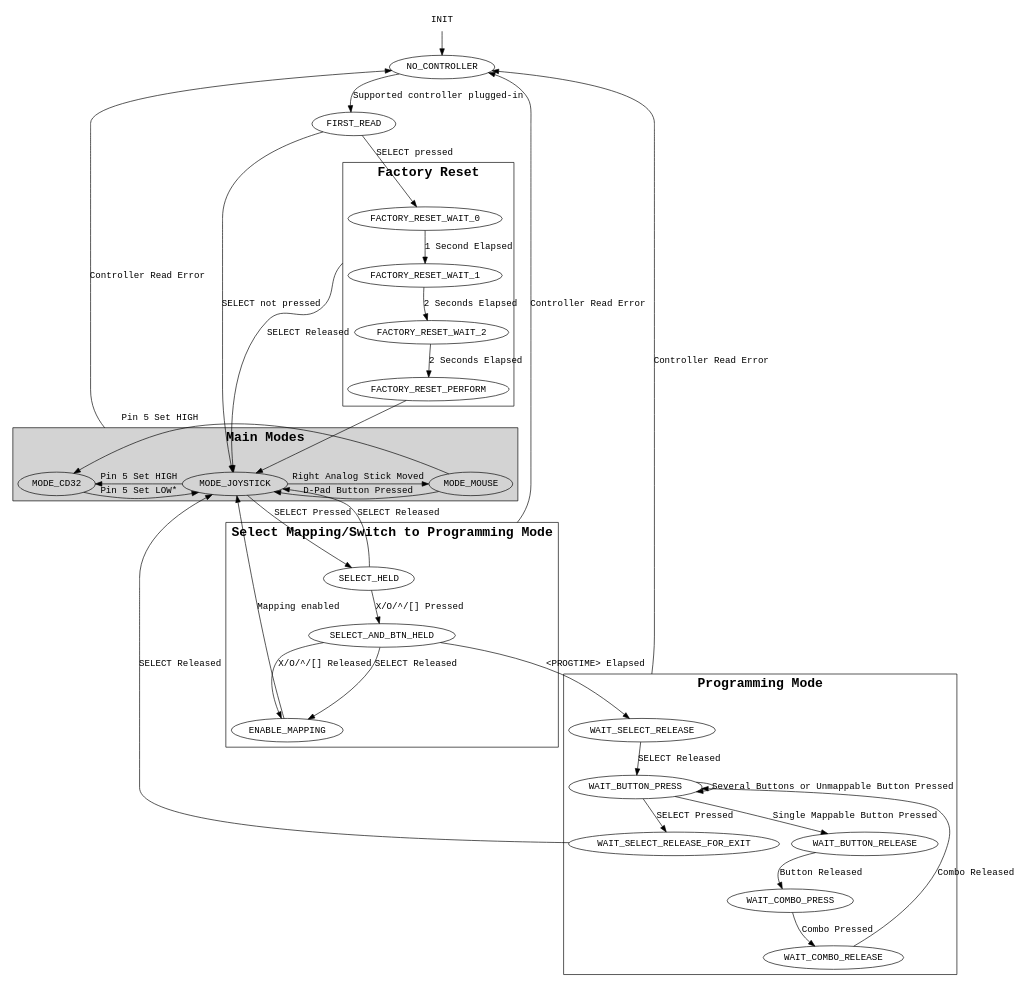
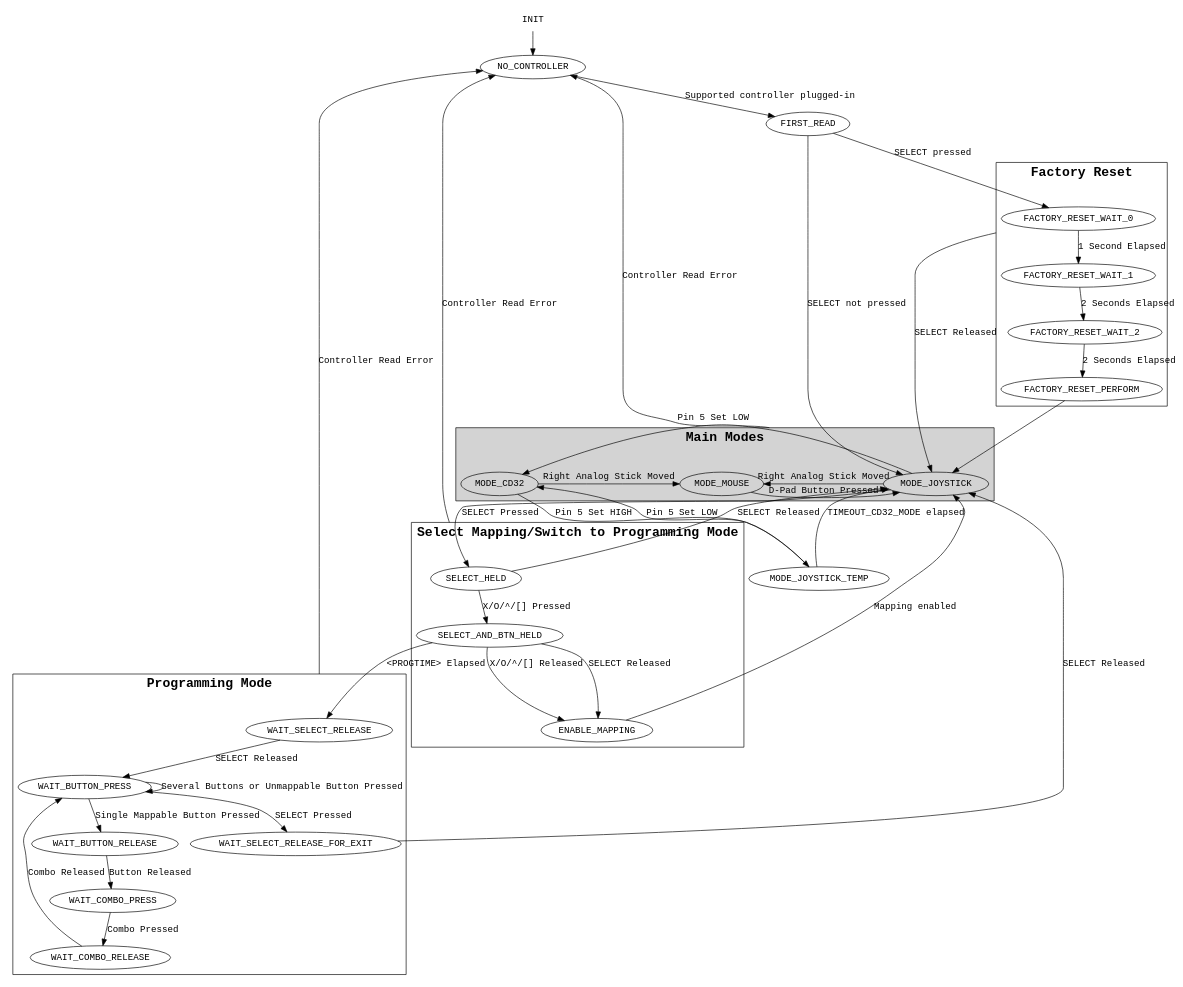
One commit to SukkoPera/OpenPSX2AmigaPadAdapter changed the diagram in firmware/statediagram.gv. Above: the diagram before and after it, drawn with Graphviz. The commit also changed 1 other file, not shown here.

Commit message:
Update state diagram and pin mapping

```diff
--- a/firmware/statediagram.gv
+++ b/firmware/statediagram.gv
@@ -1,123 +1,126 @@
 digraph {
 	#ratio = 0.75;
 
 	compound = true;
 	newrank = true;
 	#splines=line
 	edge [splines = "curved"];
 	node [fontname = "Courier"];
 	edge [fontname = "Courier"];
 	#subgraph [fontname = "Courier"];
 	clusterrank = "local";
 	
 	# Initialization
 	{
 		node [shape = "plaintext"];
 
 		INIT;
 	}
 	
 	NO_CONTROLLER;
 	FIRST_READ;
 
 	INIT -> NO_CONTROLLER;
 	NO_CONTROLLER -> FIRST_READ [label = "Supported controller plugged-in"];
 	FIRST_READ -> FACTORY_RESET_WAIT_0 [label = "SELECT pressed"];
 	FIRST_READ -> MODE_JOYSTICK [label = "SELECT not pressed"]
 
 	# Main Mode Transitions
 	subgraph "cluster_main" {
 		label = "Main Modes";
 		fontname = "Courier-bold";
 		fontsize = "20pt";
 		style = "filled";
 
 		{
 			rank="same";
 			node [style = "filled"];
 
 			MODE_MOUSE;
 			MODE_JOYSTICK;
 			MODE_CD32;
 		}
 
 		MODE_JOYSTICK -> MODE_MOUSE [label = "Right Analog Stick Moved"];
+		MODE_CD32 -> MODE_MOUSE [label = "Right Analog Stick Moved"];
 		MODE_MOUSE -> MODE_JOYSTICK [label = "D-Pad Button Pressed"];
-		MODE_JOYSTICK -> MODE_CD32 [label = "Pin 5 Set HIGH"];
-		MODE_MOUSE -> MODE_CD32 [label = "Pin 5 Set HIGH"];
-		MODE_CD32 -> MODE_JOYSTICK [label = "Pin 5 Set LOW*"];
+		MODE_JOYSTICK -> MODE_CD32 [label = "Pin 5 Set LOW"];
 	}
+
+	MODE_CD32 -> MODE_JOYSTICK_TEMP [label = "Pin 5 Set HIGH"];
+	MODE_JOYSTICK_TEMP -> MODE_CD32 [label = "Pin 5 Set LOW"];
+	MODE_JOYSTICK_TEMP -> MODE_JOYSTICK [label = "TIMEOUT_CD32_MODE elapsed"];
 
 	# This actually represents a transitions valid for all nodes in the cluster
 	MODE_JOYSTICK -> NO_CONTROLLER [label = "Controller Read Error", ltail = cluster_main];
 	
 	subgraph "cluster_progswitch" {
 		label = "Select Mapping/Switch to Programming Mode";
 		fontname = "Courier-bold";
 		fontsize = "20pt";
 		
 		# States for entering Programming Mode
 		SELECT_HELD;
 		SELECT_AND_BTN_HELD;
 		ENABLE_MAPPING;
 
 		SELECT_HELD -> SELECT_AND_BTN_HELD [label = "X/O/^/[] Pressed"]
 		SELECT_AND_BTN_HELD -> ENABLE_MAPPING [label = "X/O/^/[] Released"]
 		SELECT_AND_BTN_HELD -> ENABLE_MAPPING [label = "SELECT Released"]
 	}
 
 	MODE_JOYSTICK -> SELECT_HELD [label = "SELECT Pressed"]
 	SELECT_HELD -> MODE_JOYSTICK [label = "SELECT Released"]
 	ENABLE_MAPPING -> MODE_JOYSTICK [label = "Mapping enabled"]
 	SELECT_AND_BTN_HELD -> WAIT_SELECT_RELEASE [label = "<PROGTIME> Elapsed"]
 
 	# Again, valid for all nodes in the cluster
 	SELECT_HELD -> NO_CONTROLLER [label = "Controller Read Error", ltail = cluster_progswitch];
 
 	subgraph "cluster_progmode" {
 		label = "Programming Mode";
 		fontname = "Courier-bold";
 		fontsize = "20pt";
 		
 		# Programming Mode States
 		WAIT_SELECT_RELEASE;
 		WAIT_BUTTON_PRESS;
 		WAIT_BUTTON_RELEASE;
 		WAIT_COMBO_PRESS;
 		WAIT_COMBO_RELEASE;
 		WAIT_SELECT_RELEASE_FOR_EXIT;
 
 		WAIT_SELECT_RELEASE -> WAIT_BUTTON_PRESS [label = "SELECT Released"]
 		WAIT_BUTTON_PRESS -> WAIT_SELECT_RELEASE_FOR_EXIT [label = "SELECT Pressed"]
 		WAIT_BUTTON_PRESS -> WAIT_BUTTON_RELEASE [label = "Single Mappable Button Pressed"]
 		WAIT_BUTTON_PRESS -> WAIT_BUTTON_PRESS [label = "Several Buttons or Unmappable Button Pressed"]
 		WAIT_BUTTON_RELEASE -> WAIT_COMBO_PRESS [label = "Button Released"]
 		WAIT_COMBO_PRESS -> WAIT_COMBO_RELEASE [label = "Combo Pressed"]
 		WAIT_COMBO_RELEASE -> WAIT_BUTTON_PRESS [label = "Combo Released"]
 	}
 
 	WAIT_SELECT_RELEASE_FOR_EXIT -> MODE_JOYSTICK [label = "SELECT Released"]
 
 	# Guess what??? Valid for all nodes in the cluster
 	WAIT_SELECT_RELEASE -> NO_CONTROLLER [label = "Controller Read Error", ltail = cluster_progmode];
 	
 	subgraph "cluster_reset" {
 		label = "Factory Reset";
 		fontname = "Courier-bold";
 		fontsize = "20pt";
 		
 		FACTORY_RESET_WAIT_0;
 		FACTORY_RESET_WAIT_1;
 		FACTORY_RESET_WAIT_2;
 		FACTORY_RESET_PERFORM;
 		
 		FACTORY_RESET_WAIT_0 -> FACTORY_RESET_WAIT_1 [label = "1 Second Elapsed"];
 		FACTORY_RESET_WAIT_1 -> FACTORY_RESET_WAIT_2 [label = "2 Seconds Elapsed"];
 		FACTORY_RESET_WAIT_2 -> FACTORY_RESET_PERFORM [label = "2 Seconds Elapsed"];
 	}
 	
 	FACTORY_RESET_PERFORM -> MODE_JOYSTICK;
 	
 	# Valid for all nodes in the cluster
 	FACTORY_RESET_WAIT_0 -> MODE_JOYSTICK [label = "SELECT Released", ltail = cluster_reset];
 }
```
